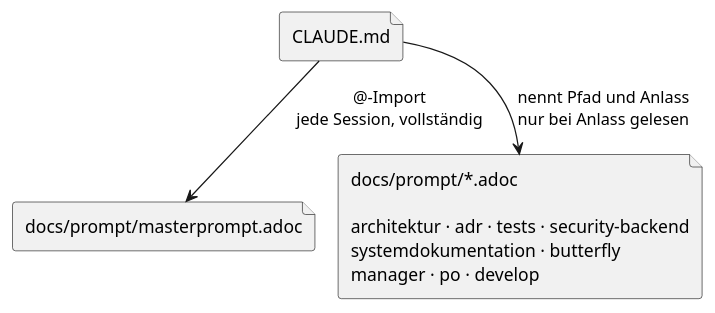
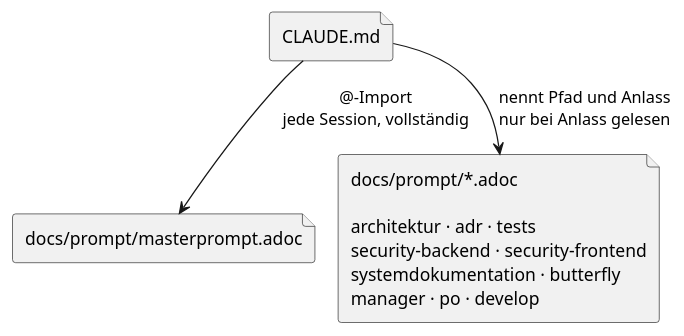
One commit to Keymaster65/hello-ai changed the diagram in docs/system/arbeitsgrundlage.adoc. Above: the diagram before and after it, drawn with PlantUML. The commit also changed other lines of this file and 9 other files, not shown here.

First line of the commit message:
Ergänze den Security-Skill für das Frontend

```diff
--- a/docs/system/arbeitsgrundlage.adoc
+++ b/docs/system/arbeitsgrundlage.adoc
@@ -138,15 +145,15 @@
 [plantuml,ladeweg,svg]
 ....
 @startuml
 !pragma layout smetana
 skinparam shadowing false
 skinparam componentStyle rectangle
 
 file "CLAUDE.md" as claude
 file "docs/prompt/masterprompt.adoc" as master
-file "docs/prompt/*.adoc\n\narchitektur · adr · tests · security-backend\nsystemdokumentation · butterfly\nmanager · po · develop" as skills
+file "docs/prompt/*.adoc\n\narchitektur · adr · tests\nsecurity-backend · security-frontend\nsystemdokumentation · butterfly\nmanager · po · develop" as skills
 
 claude --> master : @-Import\njede Session, vollständig
 claude --> skills : nennt Pfad und Anlass\nnur bei Anlass gelesen
 @enduml
 ....
```
